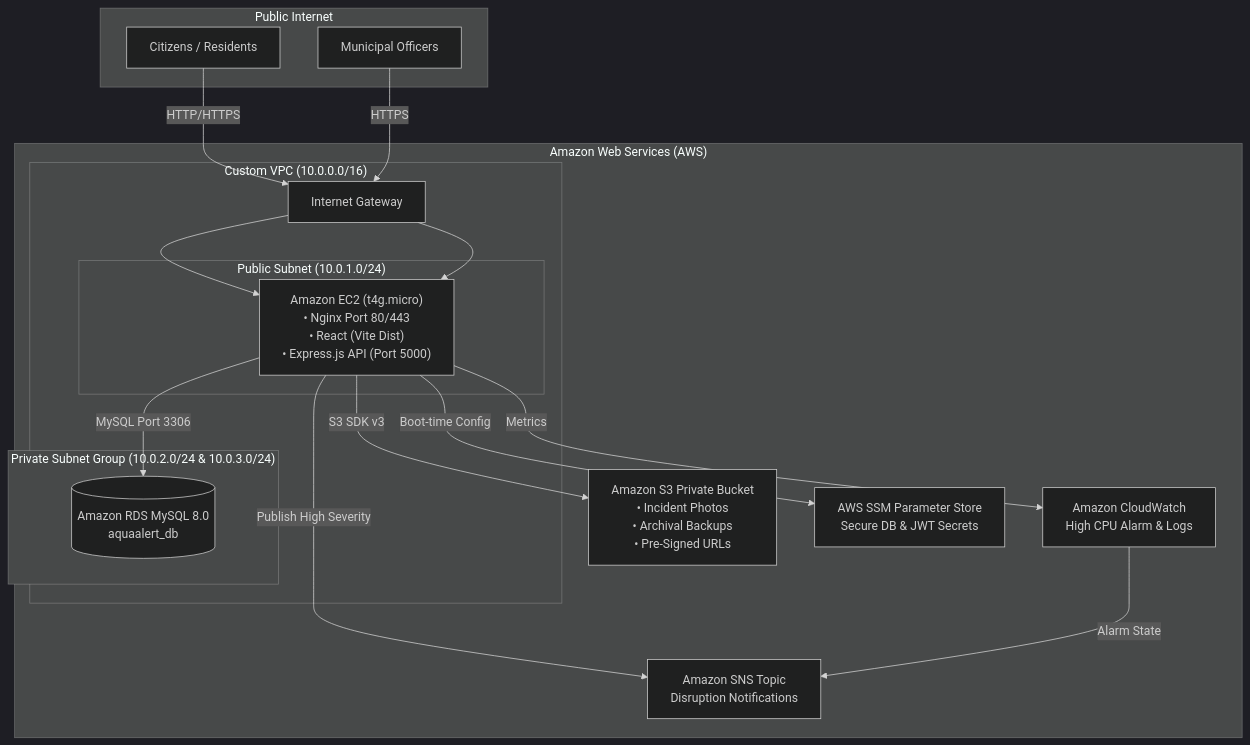
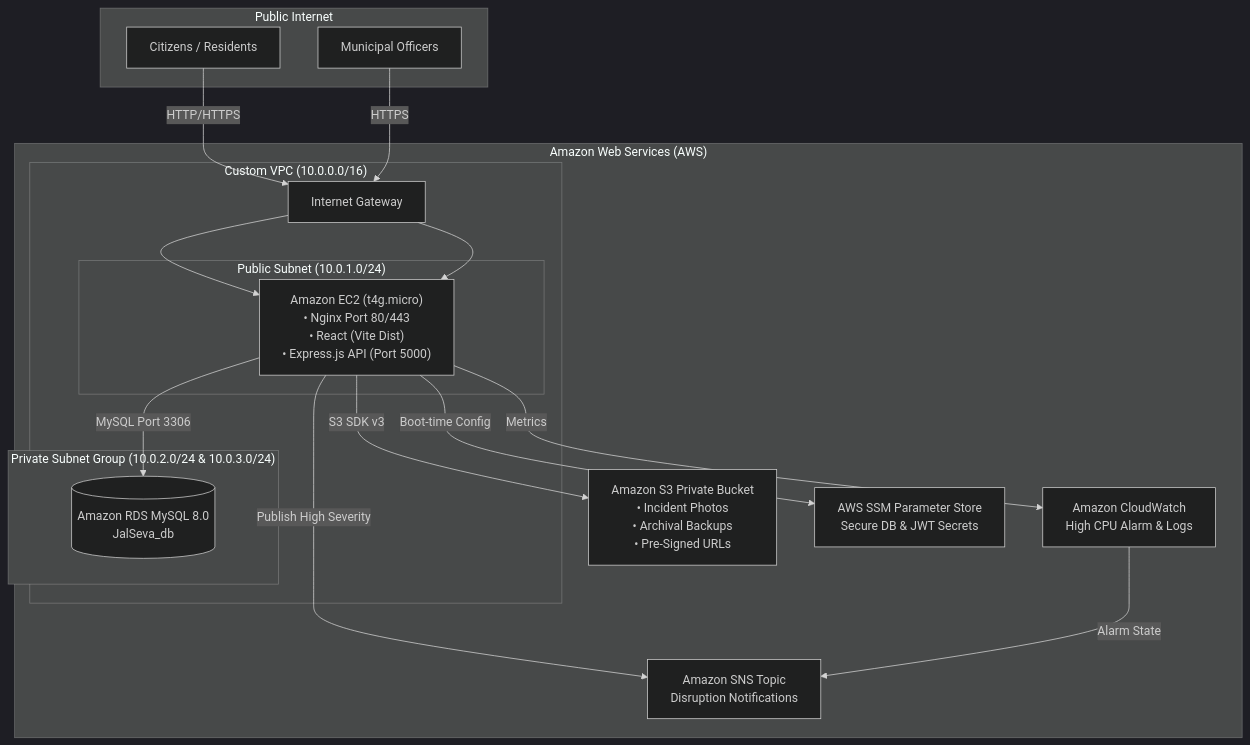
Before and after one commit to Aditi-179/JalSeva: the diagram in README.md, drawn with Mermaid (dark theme). The commit also changed other lines of this file, not shown here.

Commit message:
Rename to JalSeva in README

````diff
--- a/README.md
+++ b/README.md
@@ -75,35 +75,35 @@
 ```mermaid
 flowchart TD
   subgraph PublicInternet["Public Internet"]
     Citizens["Citizens / Residents"]
     Admin["Municipal Officers"]
   end
 
   subgraph AWSCloud["Amazon Web Services (AWS)"]
     subgraph VPC["Custom VPC (10.0.0.0/16)"]
       IGW["Internet Gateway"]
       
       subgraph PublicSubnet["Public Subnet (10.0.1.0/24)"]
         EC2["Amazon EC2 (t4g.micro)<br>• Nginx Port 80/443<br>• React (Vite Dist)<br>• Express.js API (Port 5000)"]
       end
 
       subgraph PrivateSubnets["Private Subnet Group (10.0.2.0/24 & 10.0.3.0/24)"]
-        RDS[("Amazon RDS MySQL 8.0<br>aquaalert_db")]
+        RDS[("Amazon RDS MySQL 8.0<br>JalSeva_db")]
       end
     end
 
     S3["Amazon S3 Private Bucket<br>• Incident Photos<br>• Archival Backups<br>• Pre-Signed URLs"]
     SNS["Amazon SNS Topic<br>Disruption Notifications"]
     SSM["AWS SSM Parameter Store<br>Secure DB & JWT Secrets"]
     CW["Amazon CloudWatch<br>High CPU Alarm & Logs"]
   end
 
   Citizens -->|HTTP/HTTPS| IGW --> EC2
   Admin -->|HTTPS| IGW --> EC2
   EC2 -->|MySQL Port 3306| RDS
   EC2 -->|S3 SDK v3| S3
   EC2 -->|Publish High Severity| SNS
   EC2 -->|Boot-time Config| SSM
   EC2 -->|Metrics| CW
   CW -->|Alarm State| SNS
 ```
````
